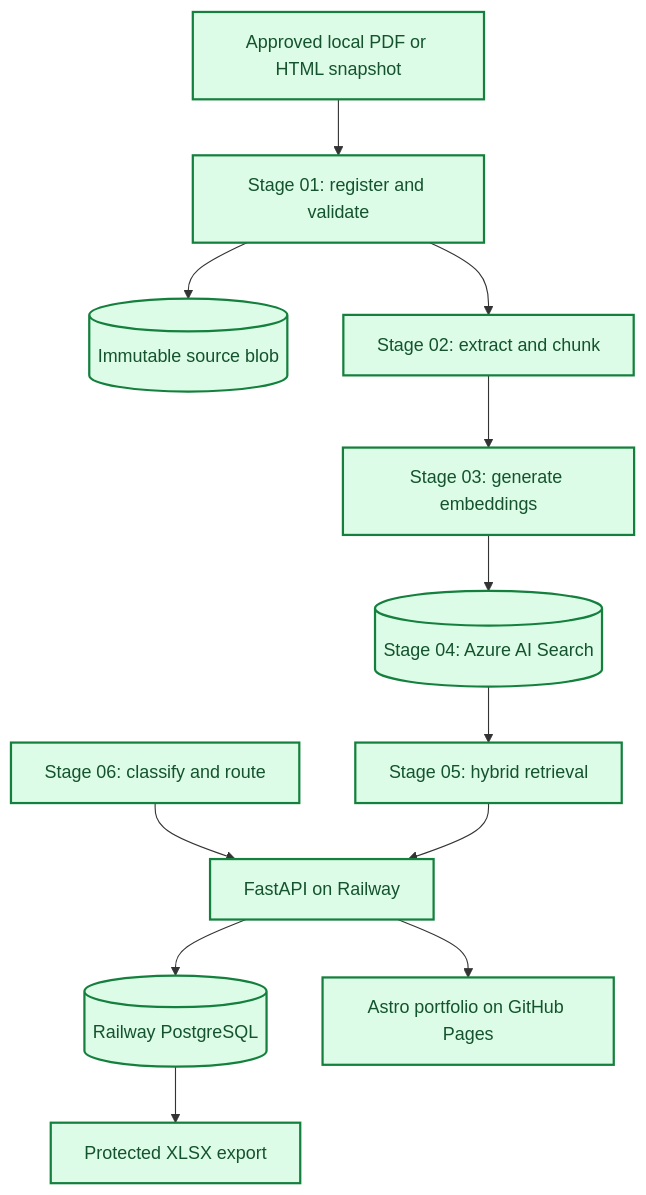
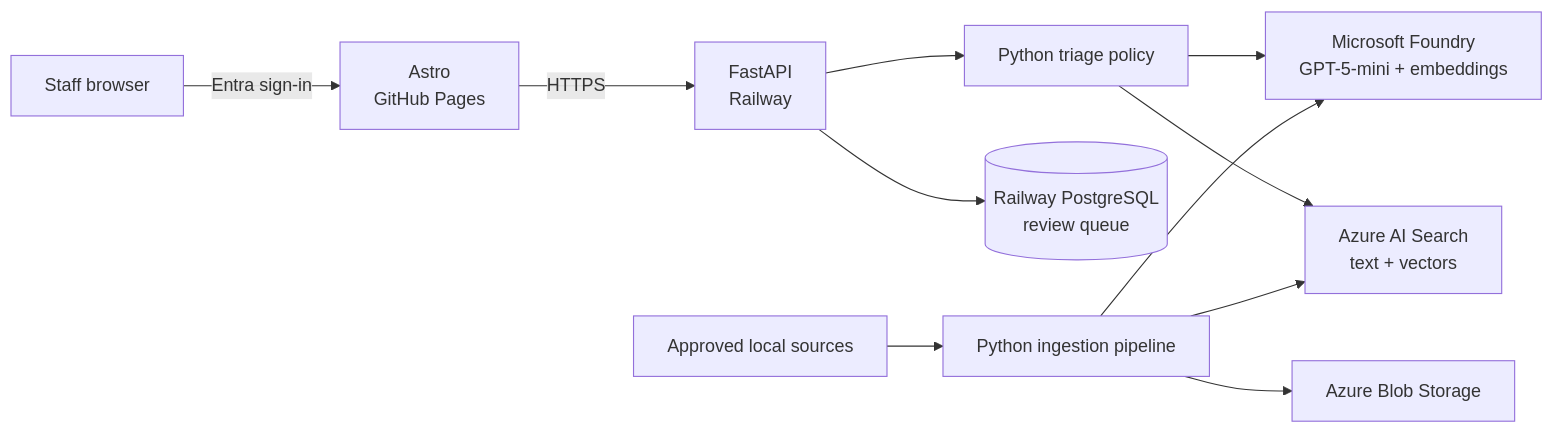
The diagram in docs/overview/project-architecture.md (kenjihilasak/uol-finance-ai-assistant), drawn with Mermaid before and after one commit. The commit also changed other lines of this file and 4 other files, not shown here.

````diff
--- a/docs/overview/project-architecture.md
+++ b/docs/overview/project-architecture.md
@@ -23,32 +9,14 @@
 ```mermaid
-flowchart TB
-    classDef implemented fill:#DCFCE7,stroke:#15803D,color:#14532D,stroke-width:2px
-    classDef provisioned fill:#FEF3C7,stroke:#B45309,color:#78350F,stroke-width:2px
-    classDef planned fill:#F1F5F9,stroke:#64748B,color:#334155,stroke-width:2px,stroke-dasharray:5 5
+flowchart LR
+    staff[Staff browser] -->|Entra sign-in| ui[Astro<br/>GitHub Pages]
+    ui -->|HTTPS| api[FastAPI<br/>Railway]
+    api --> policy[Python triage policy]
+    policy --> foundry[Microsoft Foundry<br/>GPT-5-mini + embeddings]
+    policy --> search[Azure AI Search<br/>text + vectors]
+    api --> db[(Railway PostgreSQL<br/>review queue)]
 
-    source[Approved local PDF or HTML snapshot]
-    ingest[Stage 01: register and validate]
-    sourceBlob[(Immutable source blob)]
-    process[Stage 02: extract and chunk]
-    vectors[Stage 03: generate embeddings]
-    search[(Stage 04: Azure AI Search)]
-    retrieval[Stage 05: hybrid retrieval]
-    triage[Stage 06: classify and route]
-    rag[FastAPI on Railway]
-    db[(Railway PostgreSQL)]
-    excel[Protected XLSX export]
-    ui[Astro portfolio on GitHub Pages]
-
-    source --> ingest
-    ingest --> sourceBlob
-    ingest --> process
-    process --> vectors
-    vectors --> search
-    search --> retrieval
-    triage --> rag
-    retrieval --> rag
-    rag --> ui
-    rag --> db --> excel
-
-    class source,ingest,sourceBlob,process,vectors,search,retrieval,triage,rag,db,excel,ui implemented
+    sources[Approved local sources] --> pipeline[Python ingestion pipeline]
+    pipeline --> blob[Azure Blob Storage]
+    pipeline --> foundry
+    pipeline --> search
 ```
````
